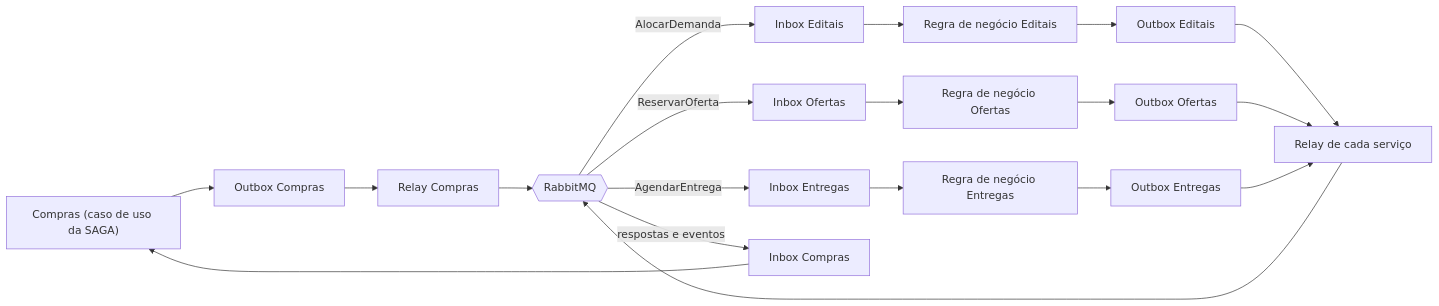
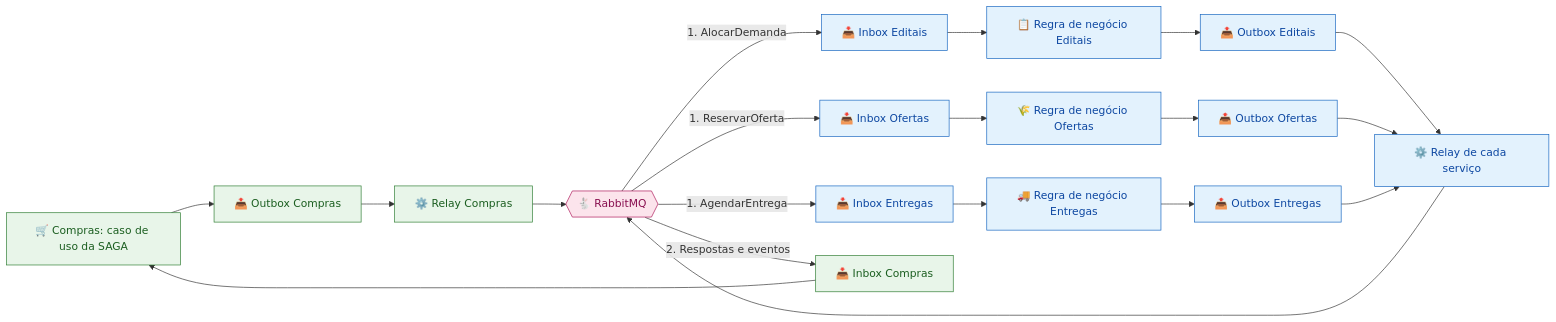
One commit to camidebem/CampoConecta changed the fourth of 4 diagrams in docs/parte2/01-servicos.md. Above: the diagram before and after it, drawn with Mermaid. The commit also changed other lines of this file, not shown here.

````diff
--- a/docs/parte2/01-servicos.md
+++ b/docs/parte2/01-servicos.md
@@ -218,21 +329,28 @@
 ```mermaid
 flowchart LR
-    A["Compras (caso de uso da SAGA)"] --> B["Outbox Compras"]
-    B --> C["Relay Compras"]
-    C --> MQ{{"RabbitMQ"}}
-    MQ -->|"AlocarDemanda"| E["Inbox Editais"]
-    MQ -->|"ReservarOferta"| F["Inbox Ofertas"]
-    MQ -->|"AgendarEntrega"| G["Inbox Entregas"]
-    E --> H["Regra de negócio Editais"]
-    F --> I["Regra de negócio Ofertas"]
-    G --> J["Regra de negócio Entregas"]
-    H --> K["Outbox Editais"]
-    I --> L["Outbox Ofertas"]
-    J --> N["Outbox Entregas"]
-    K --> R["Relay de cada serviço"]
+    A["🛒 Compras: caso de uso da SAGA"] --> B["📤 Outbox Compras"]
+    B --> C["⚙️ Relay Compras"]
+    C --> MQ{{"🐇 RabbitMQ"}}
+    MQ -->|"1. AlocarDemanda"| E["📥 Inbox Editais"]
+    MQ -->|"1. ReservarOferta"| F["📥 Inbox Ofertas"]
+    MQ -->|"1. AgendarEntrega"| G["📥 Inbox Entregas"]
+    E --> H["📋 Regra de negócio Editais"]
+    F --> I["🌾 Regra de negócio Ofertas"]
+    G --> J["🚚 Regra de negócio Entregas"]
+    H --> K["📤 Outbox Editais"]
+    I --> L["📤 Outbox Ofertas"]
+    J --> N["📤 Outbox Entregas"]
+    K --> R["⚙️ Relay de cada serviço"]
     L --> R
     N --> R
     R --> MQ
-    MQ -->|"respostas e eventos"| P["Inbox Compras"]
+    MQ -->|"2. Respostas e eventos"| P["📥 Inbox Compras"]
     P --> A
+
+    classDef orq fill:#e8f5e9,stroke:#2e7d32,color:#1b5e20
+    classDef parte fill:#e3f2fd,stroke:#1565c0,color:#0d47a1
+    classDef broker fill:#fce4ec,stroke:#ad1457,color:#880e4f
+    class A,B,C,P orq
+    class E,F,G,H,I,J,K,L,N,R parte
+    class MQ broker
 ```
````
